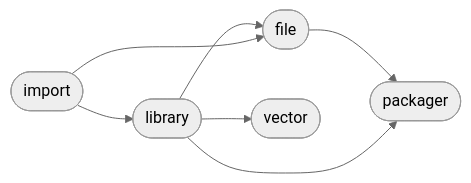
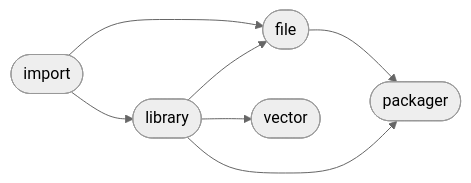
The diagram in README.md (Mandera/Mandera), drawn with Mermaid (neutral theme) before and after one commit. The commit also changed other lines of this file, not shown here.

````diff
--- a/README.md
+++ b/README.md
@@ -6,14 +6,14 @@
 ```mermaid
 flowchart LR
-1([library]) --> 2([file])
+0([import]) --> 2([file])
+0([import]) --> 1([library])
 2([file]) --> 4([packager])
 1([library]) --> 4([packager])
-0([import]) --> 1([library])
+1([library]) --> 2([file])
 1([library]) --> 3([vector])
-0([import]) --> 2([file])
 click 0 "https://github.com/ManderaGeneral/generalimport"
 click 1 "https://github.com/ManderaGeneral/generallibrary"
 click 2 "https://github.com/ManderaGeneral/generalfile"
 click 3 "https://github.com/ManderaGeneral/generalvector"
 click 4 "https://github.com/ManderaGeneral/generalpackager"
 ```
````
